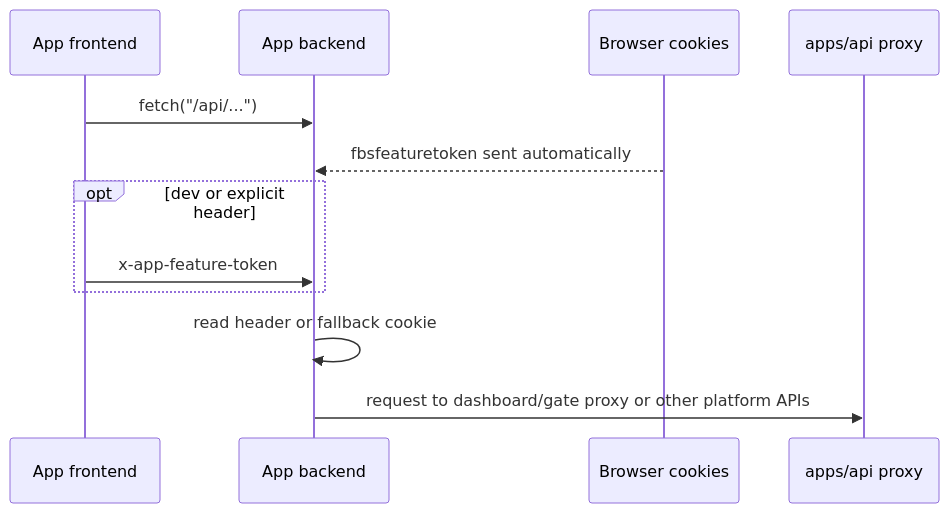
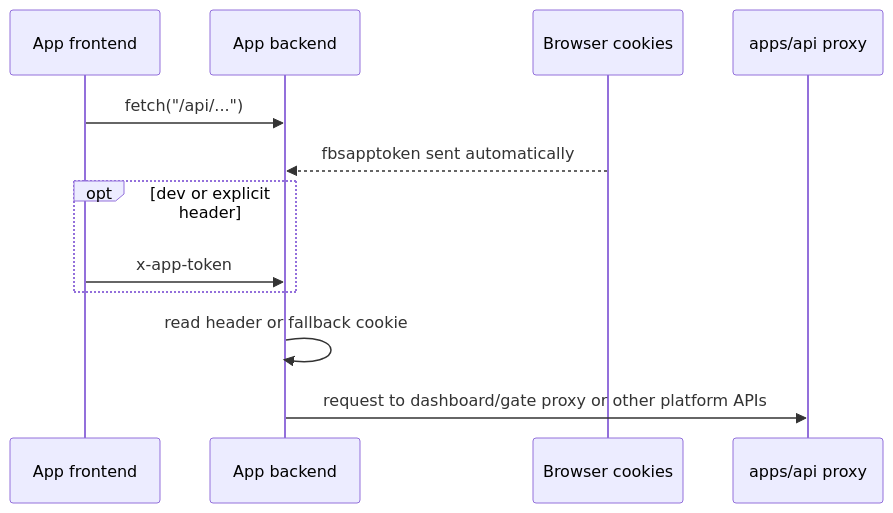
One commit to fusebase-dev/fusebase-cli changed the fifth of 6 diagrams in docs/proposals/APP-AUTH-FLOW.md. Above: the diagram before and after it, drawn with Mermaid. The commit also changed other lines of this file and 113 other files, not shown here.

````diff
--- a/docs/proposals/APP-AUTH-FLOW.md
+++ b/docs/proposals/APP-AUTH-FLOW.md
@@ -222,15 +222,15 @@
 ```mermaid
 sequenceDiagram
   participant SPA as App frontend
   participant AppBE as App backend
   participant Cookie as Browser cookies
   participant API as apps/api proxy
 
   SPA->>AppBE: fetch("/api/...")
-  Cookie-->>AppBE: fbsfeaturetoken sent automatically
+  Cookie-->>AppBE: fbsapptoken sent automatically
   opt dev or explicit header
-    SPA->>AppBE: x-app-feature-token
+    SPA->>AppBE: x-app-token
   end
   AppBE->>AppBE: read header or fallback cookie
   AppBE->>API: request to dashboard/gate proxy or other platform APIs
 ```
````
